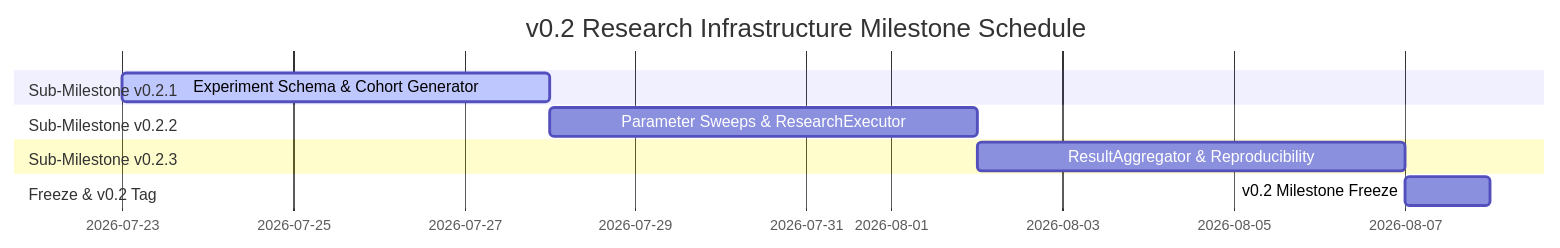
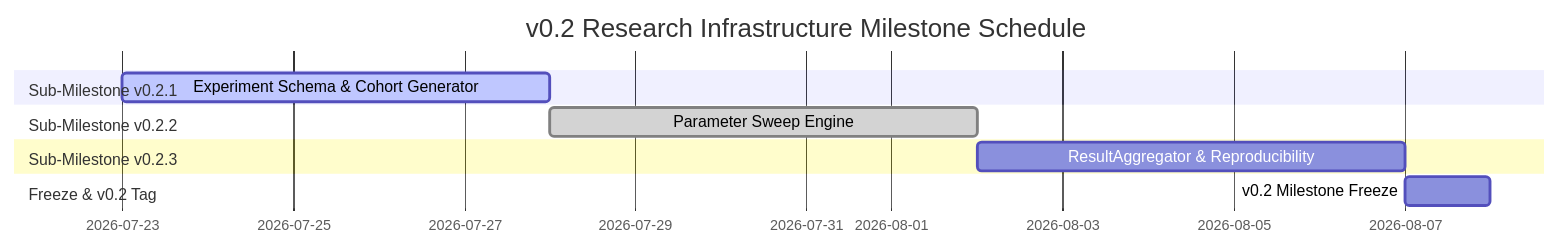
Before and after one commit to Raikuro/simulador_jubilacion: the second of 2 diagrams in RESEARCH_LAYER_FINAL_ROADMAP.md, drawn with Mermaid. The commit also changed other lines of this file and 13 other files, not shown here.

Commit message:
feat(research): complete parameter sweep engine

````diff
--- a/RESEARCH_LAYER_FINAL_ROADMAP.md
+++ b/RESEARCH_LAYER_FINAL_ROADMAP.md
@@ -168,13 +168,13 @@
 ```mermaid
 gantt
     title v0.2 Research Infrastructure Milestone Schedule
     dateFormat  YYYY-MM-DD
     section Sub-Milestone v0.2.1
     Experiment Schema & Cohort Generator   : active, m1, 2026-07-23, 5d
     section Sub-Milestone v0.2.2
-    Parameter Sweeps & ResearchExecutor    : m2, after m1, 5d
+    Parameter Sweep Engine                 : done, m2, after m1, 5d
     section Sub-Milestone v0.2.3
     ResultAggregator & Reproducibility     : m3, after m2, 5d
     section Freeze & v0.2 Tag
     v0.2 Milestone Freeze                  : m4, after m3, 1d
 ```
````
